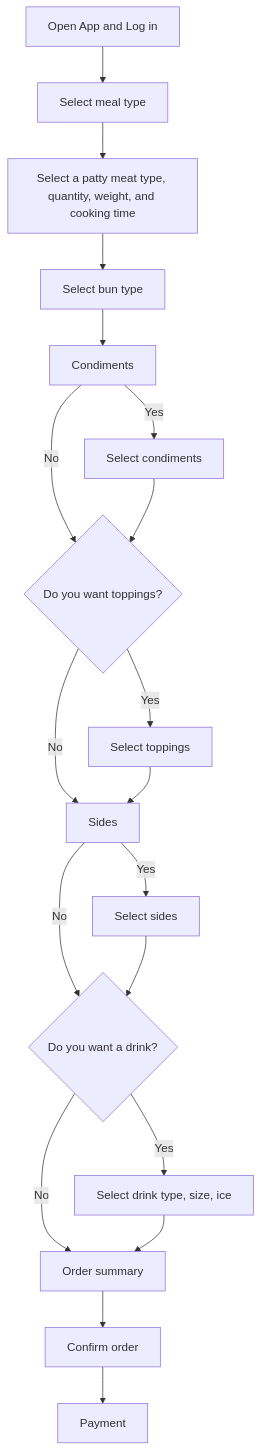
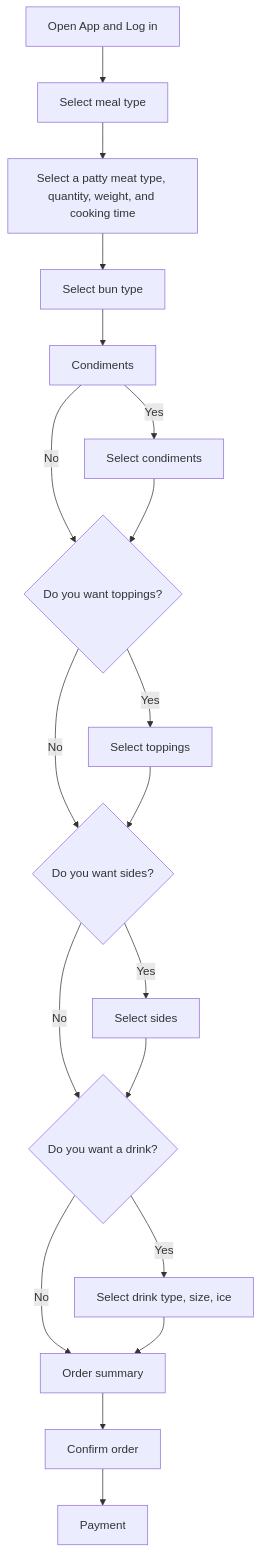
Before and after one commit to miriam1986/student-showcase: the diagram in student-work/miriam-rosenberg/api-final-project/readme.md, drawn with Mermaid.

````diff
--- a/student-work/miriam-rosenberg/api-final-project/readme.md
+++ b/student-work/miriam-rosenberg/api-final-project/readme.md
@@ -13,23 +13,23 @@
 ```mermaid
 
 flowchart TD
  A[Open App and Log in] --> B[Select meal type]
    B --> C[Select a patty meat type, quantity, weight, and cooking time]
    C --> D[Select bun type]
    D --> E[Condiments]
    E -->|No| G{Do you want toppings?}
    E -->|Yes| F[Select condiments]
    F --> G{Do you want toppings?}
    G -->|No| I[Sides]
    G -->|Yes| H[Select toppings]
-   H --> I[Sides]
+   H --> I{Do you want sides?}
    I -->|Yes| J[Select sides]
    I -->|No| K{Do you want a drink?}
   J --> K{Do you want a drink?}
   K -->|Yes| L[Select drink type, size, ice]
   K -->|No| M[Order summary]
   L --> M[Order summary]
   M --> N[Confirm order]
   N --> O[Payment]
    
 ```
````
